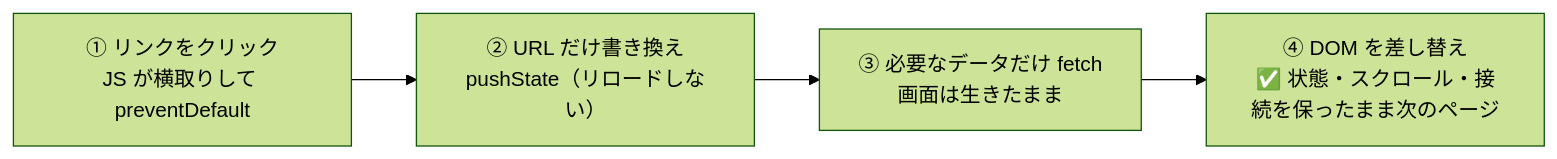
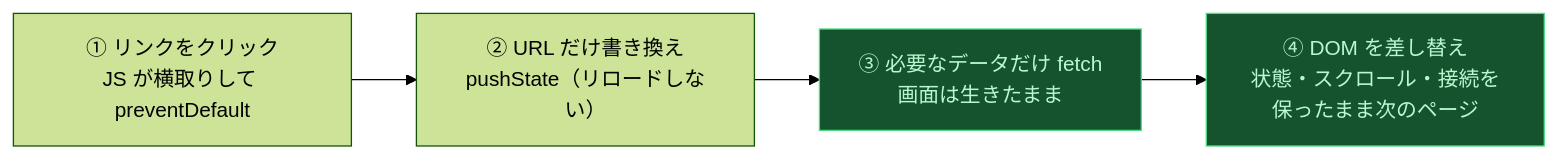
One commit to O6lvl4/O6lvl4-knowledge changed the fifth of 5 diagrams in vault/rendering-phases.md. Above: the diagram before and after it, drawn with Mermaid (forest theme). The commit also changed other lines of this file, not shown here.

Commit message:
フェーズ全体図の絵文字を状態別の色分けに変更

````diff
--- a/vault/rendering-phases.md
+++ b/vault/rendering-phases.md
@@ -69,6 +96,8 @@
 ```mermaid
 graph LR
     A["① リンクをクリック<br/>JS が横取りして preventDefault"] --> B["② URL だけ書き換え<br/>pushState（リロードしない）"]
     B --> C["③ 必要なデータだけ fetch<br/>画面は生きたまま"]
-    C --> D["④ DOM を差し替え<br/>✅ 状態・スクロール・接続を保ったまま次のページ"]
+    C --> D["④ DOM を差し替え<br/>状態・スクロール・接続を保ったまま次のページ"]
+    classDef ready fill:#14532D,stroke:#4ADE80,color:#BBF7D0
+    class C,D ready
 ```
````
